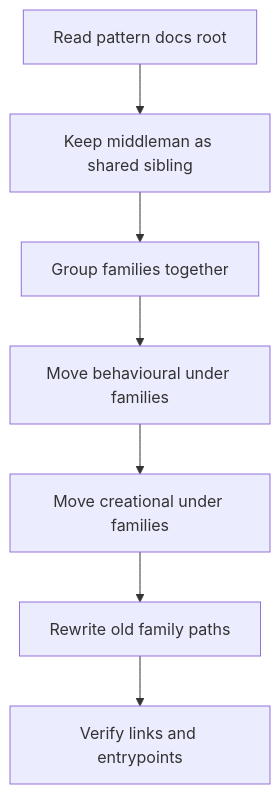
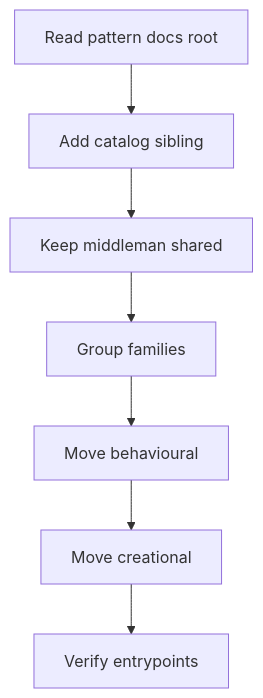
Before and after one commit to JohnAndrewBalbarosa/NeoTerritory: the diagram in docs/Codebase/Microservice/Modules/Source/Analysis/Patterns/Middleman/Migration/current_to_middleman.cpp.md, drawn with Mermaid. The commit also changed other lines of this file and 182 other files, not shown here.

````diff
--- a/docs/Codebase/Microservice/Modules/Source/Analysis/Patterns/Middleman/Migration/current_to_middleman.cpp.md
+++ b/docs/Codebase/Microservice/Modules/Source/Analysis/Patterns/Middleman/Migration/current_to_middleman.cpp.md
@@ -20,16 +21,16 @@
 ```mermaid
 flowchart TD
     N0["Read pattern docs root"]
-    N1["Keep middleman as shared sibling"]
-    N2["Group families together"]
-    N3["Move behavioural under families"]
-    N4["Move creational under families"]
-    N5["Rewrite old family paths"]
-    N6["Verify links and entrypoints"]
+    N1["Add catalog sibling"]
+    N2["Keep middleman shared"]
+    N3["Group families"]
+    N4["Move behavioural"]
+    N5["Move creational"]
+    N6["Verify entrypoints"]
     N0 --> N1
     N1 --> N2
     N2 --> N3
     N3 --> N4
     N4 --> N5
     N5 --> N6
 ```
````
